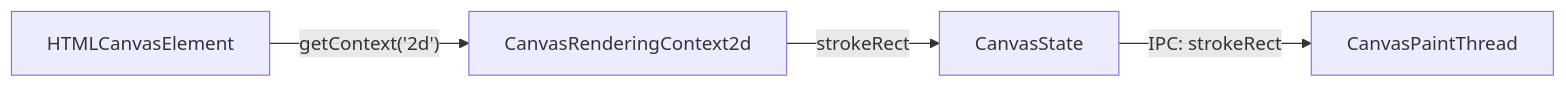
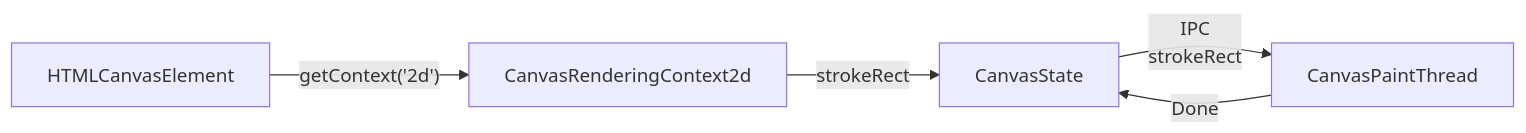
One commit to servo/book changed the fourth of 7 diagrams in src/architecture/canvas.md. Above: the diagram before and after it, drawn with Mermaid. The commit also changed other lines of this file, not shown here.

````diff
--- a/src/architecture/canvas.md
+++ b/src/architecture/canvas.md
@@ -123,6 +125,8 @@
 ```mermaid
 flowchart LR
     HTMLCanvasElement --getContext('2d')--> CanvasRenderingContext2d
     CanvasRenderingContext2d --strokeRect--> CanvasState
-    CanvasState --IPC: strokeRect --> CanvasPaintThread
+    CanvasState --IPC
+    strokeRect--> CanvasPaintThread
+    CanvasPaintThread --Done--> CanvasState
 ```
````
